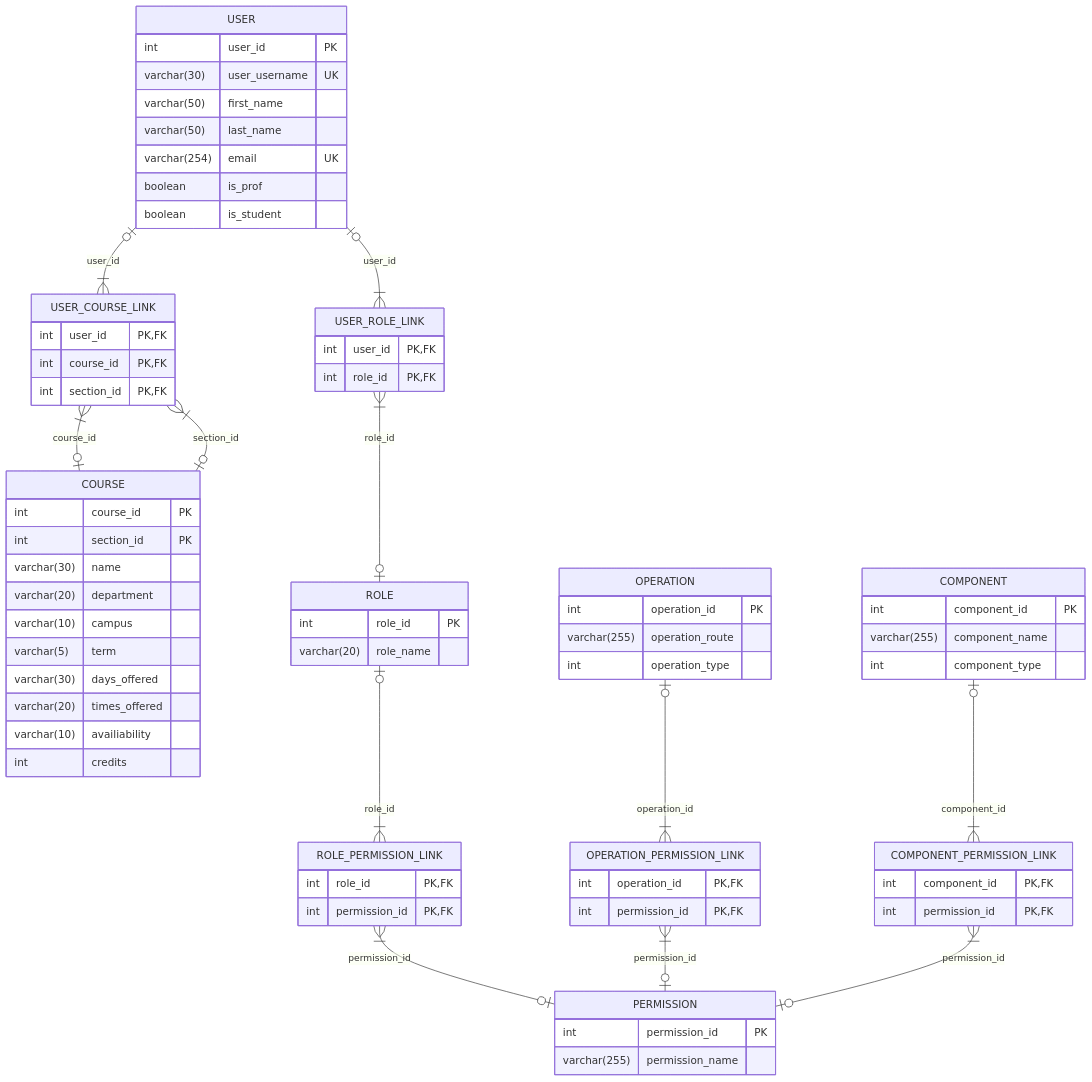
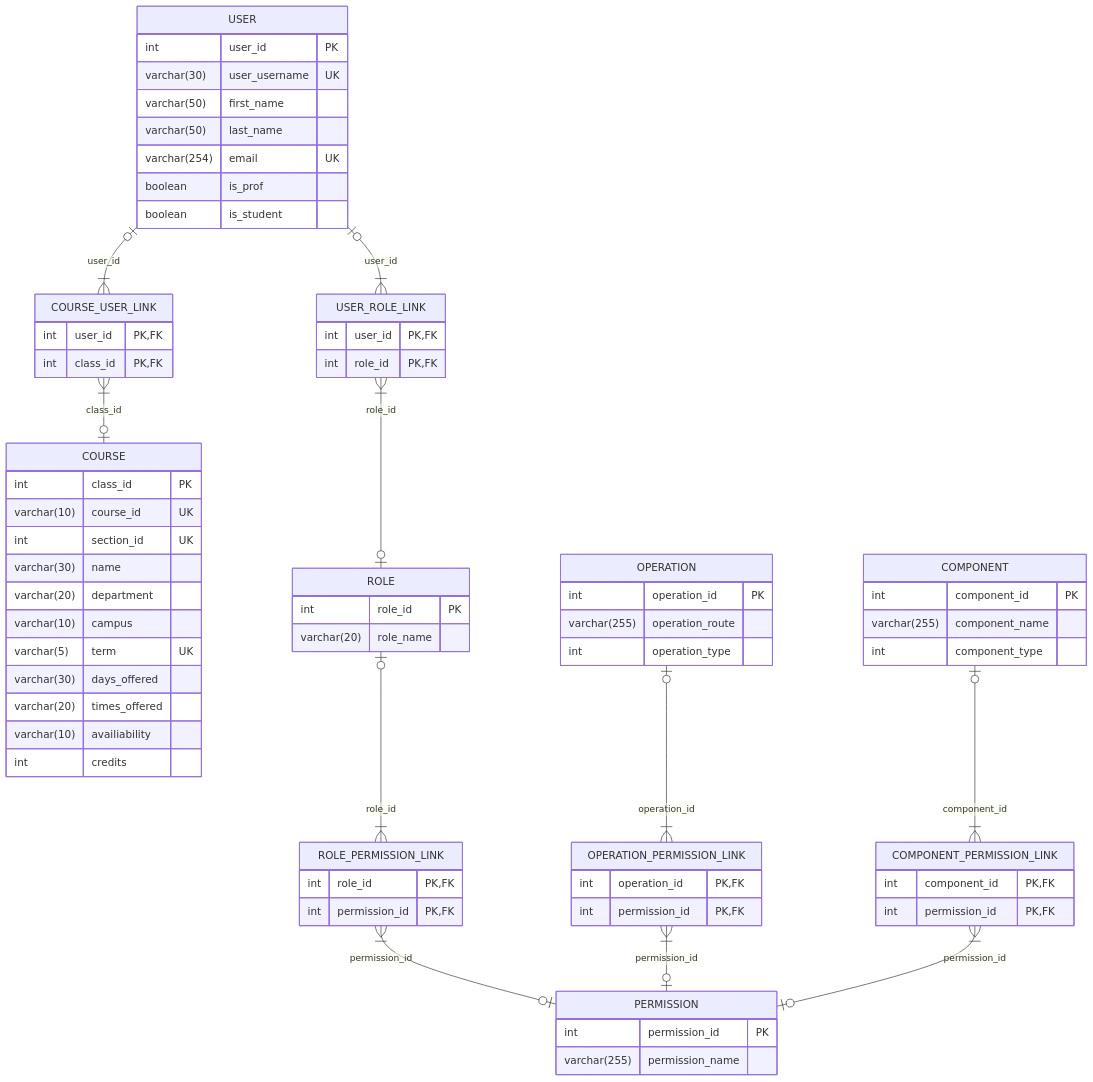
One commit to TheMetroid7998/WebAdvisorReboot changed the diagram in DB_ERD_Mermaid.mmd. Above: the diagram before and after it, drawn with Mermaid. The commit also changed 7 other files, not shown here.

Commit message:
Refactor courses table, user_course_link -> course_user_link. Add course controller. Refactor __init__.py, associations.py, user.py, course.py, DB_Documentation.md, DB_ERD_Mermaid.mmd.

````diff
--- a/DB_ERD_Mermaid.mmd
+++ b/DB_ERD_Mermaid.mmd
@@ -1,8 +1,8 @@
+```mermaid
 erDiagram
     USER |o--|{ USER_ROLE_LINK : user_id
-    USER |o--|{ USER_COURSE_LINK : user_id
-    USER_COURSE_LINK }|--o| COURSE : course_id
-    USER_COURSE_LINK }|--o| COURSE : section_id
+    USER |o--|{ COURSE_USER_LINK : user_id
+    COURSE_USER_LINK }|--o| COURSE : class_id
     USER_ROLE_LINK }|--o| ROLE : role_id
     ROLE |o--|{ ROLE_PERMISSION_LINK : role_id
     ROLE_PERMISSION_LINK }|--o| PERMISSION : permission_id
@@ -24,19 +24,19 @@
 	boolean is_student
 	}
 	
-	USER_COURSE_LINK {
+	COURSE_USER_LINK {
 	int user_id PK,FK
-	int course_id PK,FK
-    int section_id PK,FK
+	int class_id PK,FK
 	}
 	
 	COURSE {
-    int course_id PK
-    int section_id PK
+	int class_id PK
+    varchar(10) course_id UK
+    int section_id UK
     varchar(30) name
     varchar(20) department
     varchar(10) campus
-    varchar(5) term
+    varchar(5) term UK
     varchar(30) days_offered
     varchar(20) times_offered
     varchar(10) availiability
@@ -95,3 +95,4 @@
 	int component_type
 
 	}
+```
````
